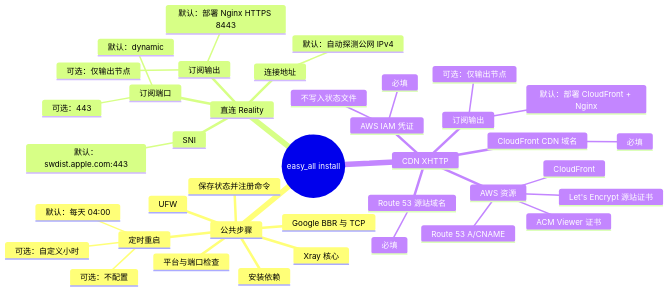
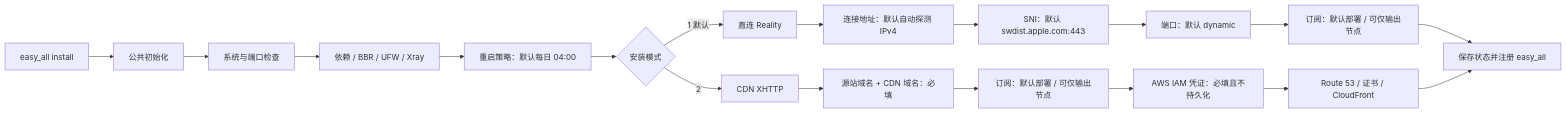
The diagram in README.md (v2yiz/easy_all), drawn with Mermaid before and after one commit. The commit also changed 1 other file, not shown here.

Commit message:
脑图优化

````diff
--- a/README.md
+++ b/README.md
@@ -51,42 +51,22 @@
 ```mermaid
-mindmap
-  root((easy_all install))
-    公共步骤
-      平台与端口检查
-      安装依赖
-      Google BBR 与 TCP
-      定时重启
-        默认：每天 04:00
-        可选：自定义小时
-        可选：不配置
-      UFW
-      Xray 核心
-      保存状态并注册命令
-    直连 Reality
-      连接地址
-        默认：自动探测公网 IPv4
-      SNI
-        默认：swdist.apple.com:443
-      订阅端口
-        默认：dynamic
-        可选：443
-      订阅输出
-        默认：部署 Nginx HTTPS 8443
-        可选：仅输出节点
-    CDN XHTTP
-      Route 53 源站域名
-        必填
-      CloudFront CDN 域名
-        必填
-      订阅输出
-        默认：部署 CloudFront + Nginx
-        可选：仅输出节点
-      AWS IAM 凭证
-        必填
-        不写入状态文件
-      AWS 资源
-        Route 53 A/CNAME
-        Let's Encrypt 源站证书
-        ACM Viewer 证书
-        CloudFront
+flowchart LR
+    A[easy_all install] --> B[公共初始化]
+    B --> B1[系统与端口检查]
+    B1 --> B2[依赖 / BBR / UFW / Xray]
+    B2 --> B3[重启策略：默认每日 04:00]
+    B3 --> C{安装模式}
+
+    C -->|1 默认| R[直连 Reality]
+    R --> R1[连接地址：默认自动探测 IPv4]
+    R1 --> R2[SNI：默认 swdist.apple.com:443]
+    R2 --> R3[端口：默认 dynamic]
+    R3 --> R4[订阅：默认部署 / 可仅输出节点]
+    R4 --> Z[保存状态并注册 easy_all]
+
+    C -->|2| X[CDN XHTTP]
+    X --> X1[源站域名 + CDN 域名：必填]
+    X1 --> X2[订阅：默认部署 / 可仅输出节点]
+    X2 --> X3[AWS IAM 凭证：必填且不持久化]
+    X3 --> X4[Route 53 / 证书 / CloudFront]
+    X4 --> Z
 ```
````
